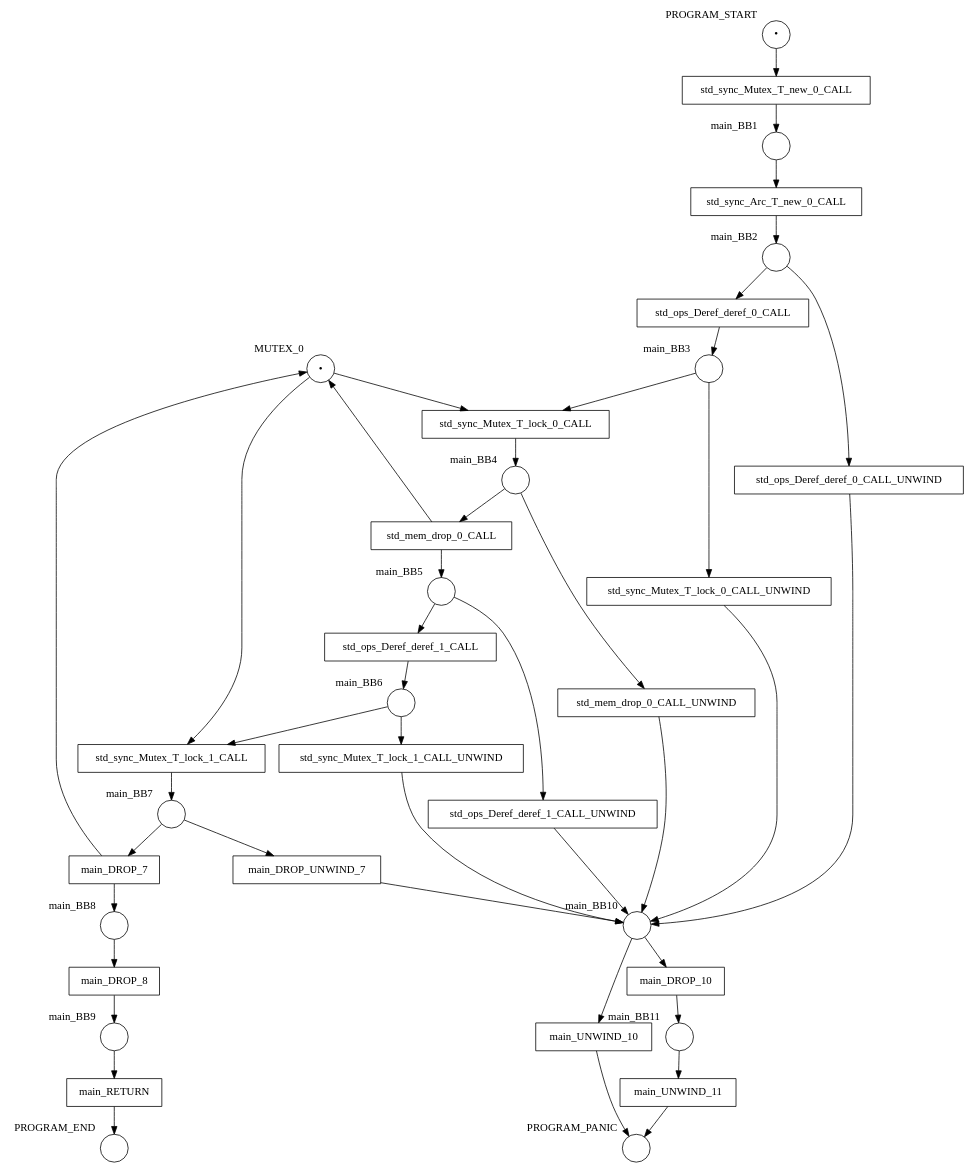
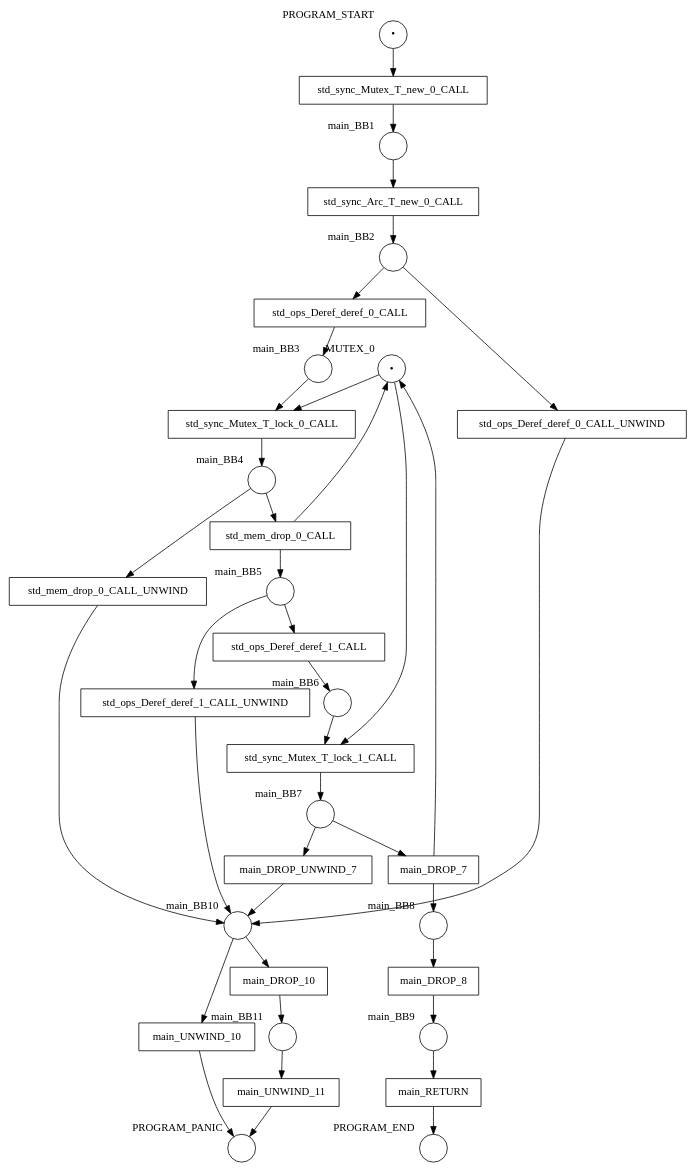
Before and after one commit to hlisdero/cargo-check-deadlock: the diagram in examples/results/mutex/drop_mutex_guard_in_arc_manually/net.dot, drawn with Graphviz. The commit also changed 21 other files, not shown here.

First line of the commit message:
Architectural change: Do not model the unwind target of the mutex lock function.

```diff
--- a/examples/results/mutex/drop_mutex_guard_in_arc_manually/net.dot
+++ b/examples/results/mutex/drop_mutex_guard_in_arc_manually/net.dot
@@ -1,78 +1,72 @@
 digraph petrinet {
     MUTEX_0 [shape="circle" xlabel="MUTEX_0" label="•"];
     PROGRAM_END [shape="circle" xlabel="PROGRAM_END" label=""];
     PROGRAM_PANIC [shape="circle" xlabel="PROGRAM_PANIC" label=""];
     PROGRAM_START [shape="circle" xlabel="PROGRAM_START" label="•"];
     main_BB1 [shape="circle" xlabel="main_BB1" label=""];
     main_BB10 [shape="circle" xlabel="main_BB10" label=""];
     main_BB11 [shape="circle" xlabel="main_BB11" label=""];
     main_BB2 [shape="circle" xlabel="main_BB2" label=""];
     main_BB3 [shape="circle" xlabel="main_BB3" label=""];
     main_BB4 [shape="circle" xlabel="main_BB4" label=""];
     main_BB5 [shape="circle" xlabel="main_BB5" label=""];
     main_BB6 [shape="circle" xlabel="main_BB6" label=""];
     main_BB7 [shape="circle" xlabel="main_BB7" label=""];
     main_BB8 [shape="circle" xlabel="main_BB8" label=""];
     main_BB9 [shape="circle" xlabel="main_BB9" label=""];
     main_DROP_10 [shape="box" xlabel="" label="main_DROP_10"];
     main_DROP_7 [shape="box" xlabel="" label="main_DROP_7"];
     main_DROP_8 [shape="box" xlabel="" label="main_DROP_8"];
     main_DROP_UNWIND_7 [shape="box" xlabel="" label="main_DROP_UNWIND_7"];
     main_RETURN [shape="box" xlabel="" label="main_RETURN"];
     main_UNWIND_10 [shape="box" xlabel="" label="main_UNWIND_10"];
     main_UNWIND_11 [shape="box" xlabel="" label="main_UNWIND_11"];
     std_mem_drop_0_CALL [shape="box" xlabel="" label="std_mem_drop_0_CALL"];
     std_mem_drop_0_CALL_UNWIND [shape="box" xlabel="" label="std_mem_drop_0_CALL_UNWIND"];
     std_ops_Deref_deref_0_CALL [shape="box" xlabel="" label="std_ops_Deref_deref_0_CALL"];
     std_ops_Deref_deref_0_CALL_UNWIND [shape="box" xlabel="" label="std_ops_Deref_deref_0_CALL_UNWIND"];
     std_ops_Deref_deref_1_CALL [shape="box" xlabel="" label="std_ops_Deref_deref_1_CALL"];
     std_ops_Deref_deref_1_CALL_UNWIND [shape="box" xlabel="" label="std_ops_Deref_deref_1_CALL_UNWIND"];
     std_sync_Arc_T_new_0_CALL [shape="box" xlabel="" label="std_sync_Arc_T_new_0_CALL"];
     std_sync_Mutex_T_lock_0_CALL [shape="box" xlabel="" label="std_sync_Mutex_T_lock_0_CALL"];
-    std_sync_Mutex_T_lock_0_CALL_UNWIND [shape="box" xlabel="" label="std_sync_Mutex_T_lock_0_CALL_UNWIND"];
     std_sync_Mutex_T_lock_1_CALL [shape="box" xlabel="" label="std_sync_Mutex_T_lock_1_CALL"];
-    std_sync_Mutex_T_lock_1_CALL_UNWIND [shape="box" xlabel="" label="std_sync_Mutex_T_lock_1_CALL_UNWIND"];
     std_sync_Mutex_T_new_0_CALL [shape="box" xlabel="" label="std_sync_Mutex_T_new_0_CALL"];
     MUTEX_0 -> std_sync_Mutex_T_lock_0_CALL;
     MUTEX_0 -> std_sync_Mutex_T_lock_1_CALL;
     PROGRAM_START -> std_sync_Mutex_T_new_0_CALL;
     main_BB1 -> std_sync_Arc_T_new_0_CALL;
     main_BB10 -> main_DROP_10;
     main_BB10 -> main_UNWIND_10;
     main_BB11 -> main_UNWIND_11;
     main_BB2 -> std_ops_Deref_deref_0_CALL;
     main_BB2 -> std_ops_Deref_deref_0_CALL_UNWIND;
     main_BB3 -> std_sync_Mutex_T_lock_0_CALL;
-    main_BB3 -> std_sync_Mutex_T_lock_0_CALL_UNWIND;
     main_BB4 -> std_mem_drop_0_CALL;
     main_BB4 -> std_mem_drop_0_CALL_UNWIND;
     main_BB5 -> std_ops_Deref_deref_1_CALL;
     main_BB5 -> std_ops_Deref_deref_1_CALL_UNWIND;
     main_BB6 -> std_sync_Mutex_T_lock_1_CALL;
-    main_BB6 -> std_sync_Mutex_T_lock_1_CALL_UNWIND;
     main_BB7 -> main_DROP_7;
     main_BB7 -> main_DROP_UNWIND_7;
     main_BB8 -> main_DROP_8;
     main_BB9 -> main_RETURN;
     main_DROP_10 -> main_BB11;
     main_DROP_7 -> MUTEX_0;
     main_DROP_7 -> main_BB8;
     main_DROP_8 -> main_BB9;
     main_DROP_UNWIND_7 -> main_BB10;
     main_RETURN -> PROGRAM_END;
     main_UNWIND_10 -> PROGRAM_PANIC;
     main_UNWIND_11 -> PROGRAM_PANIC;
     std_mem_drop_0_CALL -> MUTEX_0;
     std_mem_drop_0_CALL -> main_BB5;
     std_mem_drop_0_CALL_UNWIND -> main_BB10;
     std_ops_Deref_deref_0_CALL -> main_BB3;
     std_ops_Deref_deref_0_CALL_UNWIND -> main_BB10;
     std_ops_Deref_deref_1_CALL -> main_BB6;
     std_ops_Deref_deref_1_CALL_UNWIND -> main_BB10;
     std_sync_Arc_T_new_0_CALL -> main_BB2;
     std_sync_Mutex_T_lock_0_CALL -> main_BB4;
-    std_sync_Mutex_T_lock_0_CALL_UNWIND -> main_BB10;
     std_sync_Mutex_T_lock_1_CALL -> main_BB7;
-    std_sync_Mutex_T_lock_1_CALL_UNWIND -> main_BB10;
     std_sync_Mutex_T_new_0_CALL -> main_BB1;
 }
```
